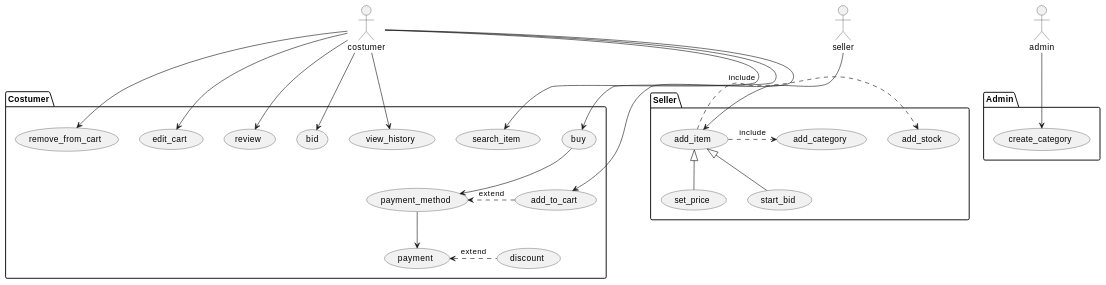
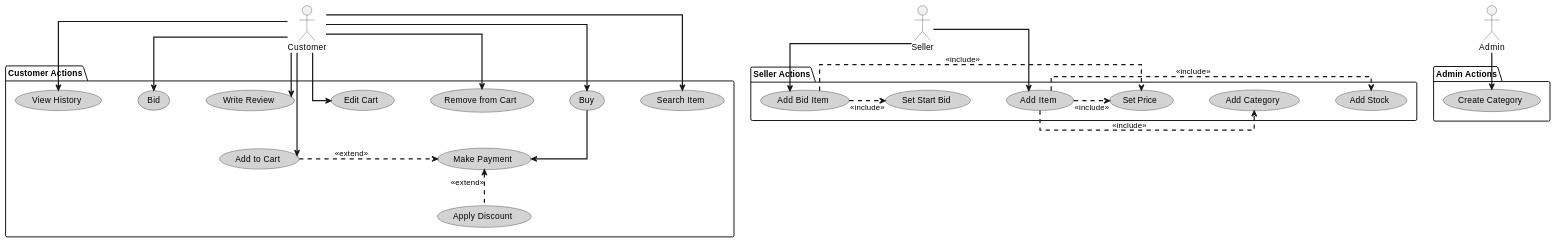
Before and after one commit to Bokutosimp/CE_OOP_PROJECT: the diagram in diagram/use_case.md, drawn with PlantUML.

Commit message:
make use case daigram more readable

```diff
--- a/diagram/use_case.md
+++ b/diagram/use_case.md
@@ -1,52 +1,71 @@
 @startuml
-:costumer:
-:seller:
-:admin:
-package Admin{
-usecase "create_category"
+skinparam linetype ortho
+skinparam nodesep 60
+skinparam ranksep 60
+skinparam arrowThickness 2
+skinparam usecase {
+    BorderColor Black
+    BackgroundColor LightGray
+    FontSize 14
 }
-package Seller{
-usecase "add_item"
-usecase "add_stock"
-usecase "add_category"
-usecase "set_price"
-usecase "start_bid"
+
+actor Customer
+actor Seller
+actor Admin
+
+hide empty members
+
+package "Admin Actions" {
+    usecase "Create Category" as UC_CreateCategory
 }
-package Costumer{
-usecase "search_item"
-usecase "buy"
-usecase "add_to_cart"
-usecase "remove_from_cart"
-usecase "edit_cart"
-usecase "discount"
-usecase "payment_method"
-usecase "payment"
-usecase "review"
-usecase "bid"
-usecase "view_history"
+
+package "Seller Actions" {
+    usecase "Add Item" as UC_AddItem
+    usecase "Add Bid Item" as UC_AddBidItem
+    usecase "Add Stock" as UC_AddStock
+    usecase "Add Category" as UC_AddCategory
+    usecase "Set Price" as UC_SetPrice
+    usecase "Set Start Bid" as UC_StartBid
 }
-/'costumer'/
-costumer --> search_item
-costumer --> buy
-costumer --> add_to_cart
-costumer --> remove_from_cart
-costumer --> edit_cart
-buy --> payment_method
-add_to_cart .> payment_method : extend
-payment_method --> payment
-payment <. discount : extend
-costumer --> review
-costumer --> bid
-costumer --> view_history
 
-/'seller'/
-seller --> add_item
-add_item .> add_stock : include
-add_item .> add_category : include
-add_item <|-- set_price
-add_item <|-- start_bid
+package "Customer Actions" {
+    usecase "Search Item" as UC_SearchItem
+    usecase "Buy" as UC_Buy
+    usecase "Add to Cart" as UC_AddToCart
+    usecase "Remove from Cart" as UC_RemoveFromCart
+    usecase "Edit Cart" as UC_EditCart
+    usecase "Apply Discount" as UC_Discount
+    usecase "Make Payment" as UC_Payment
+    usecase "Write Review" as UC_Review
+    usecase "Bid" as UC_Bid
+    usecase "View History" as UC_ViewHistory
+}
 
-/'admin'/
-admin --> create_category
+/' Customer Use Cases '/
+Customer --> UC_SearchItem
+Customer --> UC_Buy
+Customer --> UC_AddToCart
+Customer --> UC_RemoveFromCart
+Customer --> UC_EditCart
+Customer --> UC_Review
+Customer --> UC_Bid
+Customer --> UC_ViewHistory
+
+UC_Buy --> UC_Payment
+UC_AddToCart .> UC_Payment : <<extend>>
+UC_Payment <.. UC_Discount : <<extend>>
+
+/' Seller Use Cases '/
+Seller --> UC_AddItem
+Seller --> UC_AddBidItem
+UC_AddItem .> UC_AddStock : <<include>>
+UC_AddItem .> UC_AddCategory : <<include>>
+UC_AddItem .> UC_SetPrice : <<include>>
+
+UC_AddBidItem .> UC_SetPrice : <<include>>
+UC_AddBidItem .> UC_StartBid : <<include>>
+
+/' Admin Use Case '/
+Admin --> UC_CreateCategory
 
 @enduml
```
